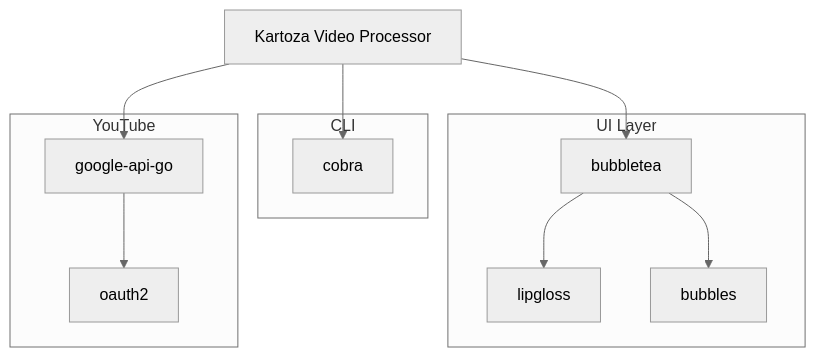
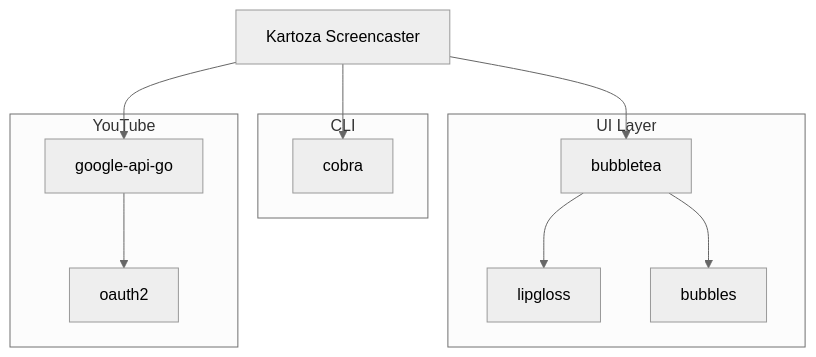
The diagram in docs/developer/libraries.md (kartoza/kartoza-video-processor), drawn with Mermaid (neutral theme) before and after one commit. The commit also changed other lines of this file and 70 other files, not shown here.

First line of the commit message:
Rename project from kartoza-video-processor to kartoza-screencaster

````diff
--- a/docs/developer/libraries.md
+++ b/docs/developer/libraries.md
@@ -197,26 +197,26 @@
 ```mermaid
 graph TD
-    App[Kartoza Video Processor]
+    App[Kartoza Screencaster]
 
     subgraph "UI Layer"
         BT[bubbletea]
         LG[lipgloss]
         BB[bubbles]
     end
 
     subgraph "CLI"
         Cobra[cobra]
     end
 
     subgraph "YouTube"
         GAPI[google-api-go]
         OAuth[oauth2]
     end
 
     App --> BT
     App --> Cobra
     BT --> LG
     BT --> BB
     App --> GAPI
     GAPI --> OAuth
 ```
````
